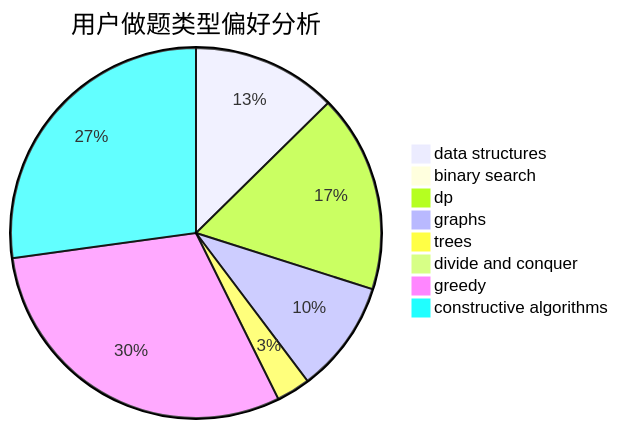
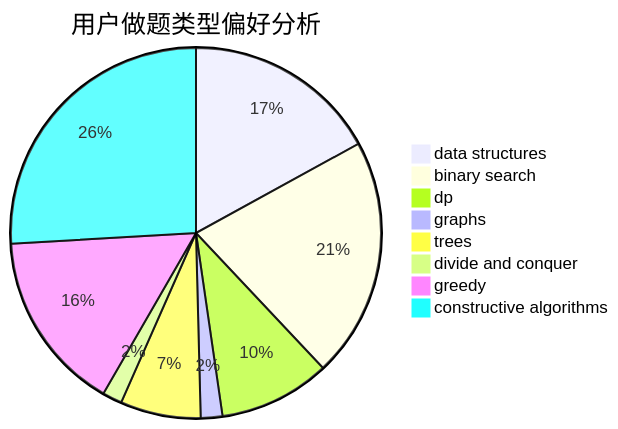
One commit to sherpahu/cfrs.github.io changed the second of 3 diagrams in docs/user/u2261.md. Above: the diagram before and after it, drawn with Mermaid. The commit also changed other lines of this file and 2770 other files, not shown here.

````diff
--- a/docs/user/u2261.md
+++ b/docs/user/u2261.md
@@ -23,11 +23,11 @@
 ```mermaid
 pie title 用户做题类型偏好分析
-    "data structures" :  355
-    "binary search" :  20
-    "dp" :  486
-    "graphs" :  276
-    "trees" :  83
-    "divide and conquer" :  0
-    "greedy" :  848
-    "constructive algorithms" :  764
+    "data structures" :  189
+    "binary search" :  233
+    "dp" :  108
+    "graphs" :  21
+    "trees" :  78
+    "divide and conquer" :  19
+    "greedy" :  175
+    "constructive algorithms" :  288
 ```
````
